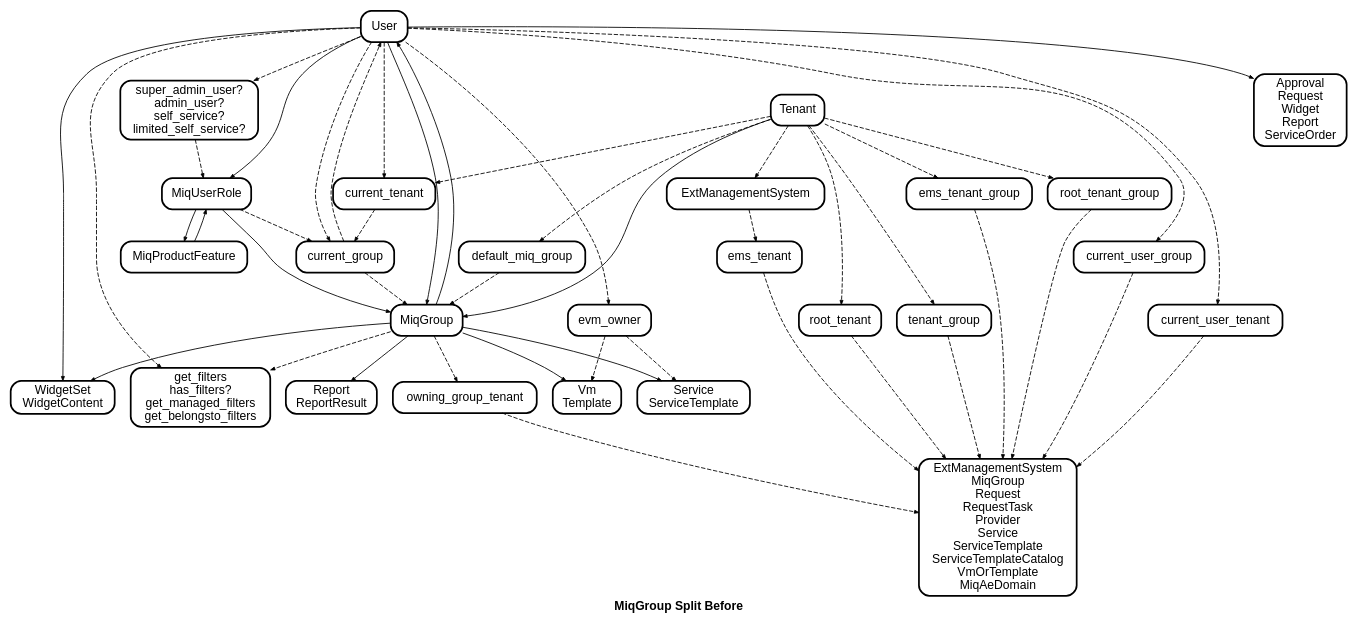
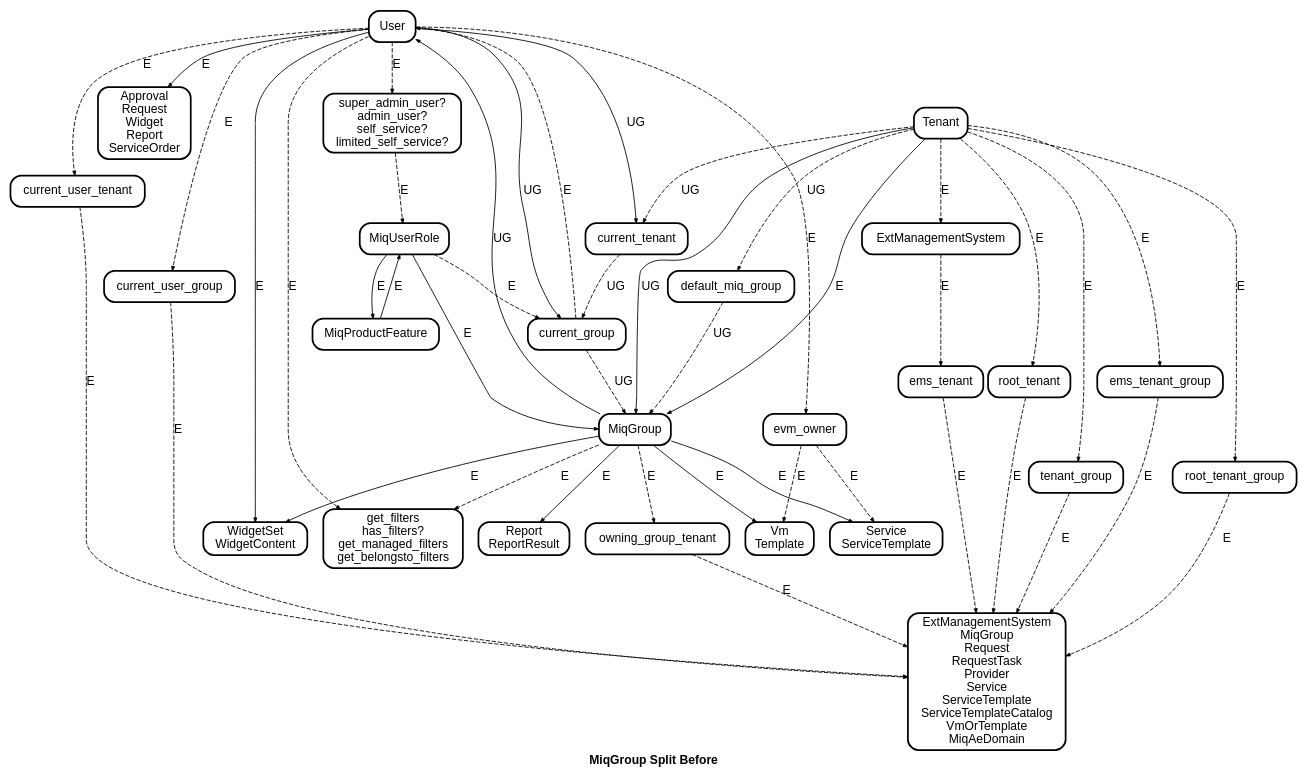
One commit to jrafanie/miq_group_split changed the diagram in miq_group_split_before.dot. Above: the diagram before and after it, drawn with Graphviz.

Commit message:
Add entitlement/user group labels.

```diff
--- a/miq_group_split_before.dot
+++ b/miq_group_split_before.dot
@@ -1,48 +1,49 @@
 digraph MiqGroupSplitBefore {
 	graph [ fontname="Helvetica-Bold" ]
 	node  [ id="\N" shape="Mrecord" style="filled" fontname="Helvetica" fillcolor="#ffffff" penwidth="2" ]
 	edge  [ arrowsize="0.5" fontname="Helvetica" ]
 
 	label="MiqGroup Split Before"
 	style="rounded"
 
 	user_owned_resources [label="Approval\nRequest\nWidget\nReport\nServiceOrder"]
 	group_owned_resources [label="Report\nReportResult"]
 	widgetset_content [label = "WidgetSet\nWidgetContent"]
 	owned_vms [label="Vm\nTemplate"]
 	filters [label="get_filters\nhas_filters?\nget_managed_filters\nget_belongsto_filters"]
 	user_levels [label="super_admin_user?\nadmin_user?\nself_service?\nlimited_self_service?"]
 	service_resources [label="Service\nServiceTemplate"]
 	tenancy_resources [label="ExtManagementSystem\nMiqGroup\nRequest\nRequestTask\nProvider\nService\nServiceTemplate\nServiceTemplateCatalog\nVmOrTemplate\nMiqAeDomain"]
 
-	Tenant -> MiqGroup
-	Tenant -> default_miq_group -> MiqGroup [style="dashed"]
-	MiqUserRole -> MiqGroup
-	MiqUserRole -> MiqProductFeature
-	MiqProductFeature -> MiqUserRole
-	MiqGroup -> User
+	Tenant -> MiqGroup [label="E"]
+	Tenant -> MiqGroup [label="UG"]
+	Tenant -> default_miq_group -> MiqGroup [style="dashed", label="UG"]
+	MiqUserRole -> MiqGroup [label="E"]
+	MiqUserRole -> MiqProductFeature [label="E"]
+	MiqProductFeature -> MiqUserRole [label="E"]
+	MiqGroup -> User [label="UG"]
 
 	# OwnershipMixin
-	MiqGroup -> owned_vms, group_owned_resources, widgetset_content, service_resources
-	User -> evm_owner -> owned_vms, service_resources [style="dashed"]
+	MiqGroup -> owned_vms, group_owned_resources, widgetset_content, service_resources [label="E"]
+	User -> evm_owner -> owned_vms, service_resources [style="dashed", label="E"]
 
-	User -> MiqUserRole, MiqGroup
-	User -> current_tenant, current_group, filters [style="dashed"]
-	User -> user_levels -> MiqUserRole [style="dashed"]
-	MiqGroup -> filters [style="dashed"]
+	User -> current_tenant, current_group [label="UG"]
+	User -> filters [style="dashed", label="E"]
+	User -> user_levels -> MiqUserRole [style="dashed", label="E"]
+	MiqGroup -> filters [style="dashed", label="E"]
 
-	User -> user_owned_resources, widgetset_content
-	current_group -> MiqGroup [style="dashed"]
-	MiqUserRole -> current_group -> User [style="dashed"]
-	Tenant -> current_tenant -> current_group [style="dashed"]
+	User -> user_owned_resources, widgetset_content [label="E"]
+	current_group -> MiqGroup [style="dashed", label="UG"]
+	MiqUserRole -> current_group -> User [style="dashed", label="E"]
+	Tenant -> current_tenant -> current_group [style="dashed", label="UG"]
 
 	# TenancyMixin
-	MiqGroup -> owning_group_tenant -> tenancy_resources [style="dashed"]
-	User -> current_user_tenant -> tenancy_resources [style="dashed"]
-	Tenant -> ExtManagementSystem -> ems_tenant -> tenancy_resources [style="dashed"]
-	Tenant -> root_tenant -> tenancy_resources [style="dashed"]
-	Tenant -> tenant_group -> tenancy_resources [style="dashed"]
-	User -> current_user_group -> tenancy_resources [style="dashed"]
-	Tenant -> ems_tenant_group -> tenancy_resources [style="dashed"]
-	Tenant -> root_tenant_group -> tenancy_resources [style="dashed"]
+	MiqGroup -> owning_group_tenant -> tenancy_resources [style="dashed", label="E"]
+	User -> current_user_tenant -> tenancy_resources [style="dashed", label="E"]
+	Tenant -> ExtManagementSystem -> ems_tenant -> tenancy_resources [style="dashed", label="E"]
+	Tenant -> root_tenant -> tenancy_resources [style="dashed", label="E"]
+	Tenant -> tenant_group -> tenancy_resources [style="dashed", label="E"]
+	User -> current_user_group -> tenancy_resources [style="dashed", label="E"]
+	Tenant -> ems_tenant_group -> tenancy_resources [style="dashed", label="E"]
+	Tenant -> root_tenant_group -> tenancy_resources [style="dashed", label="E"]
 }
```
